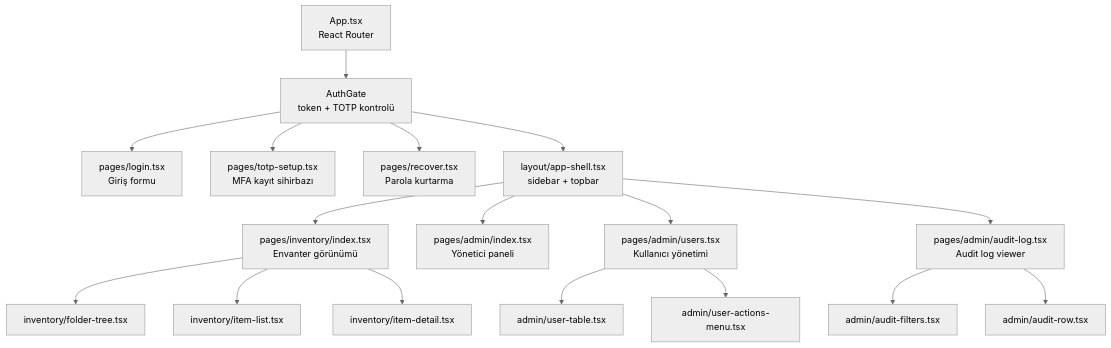
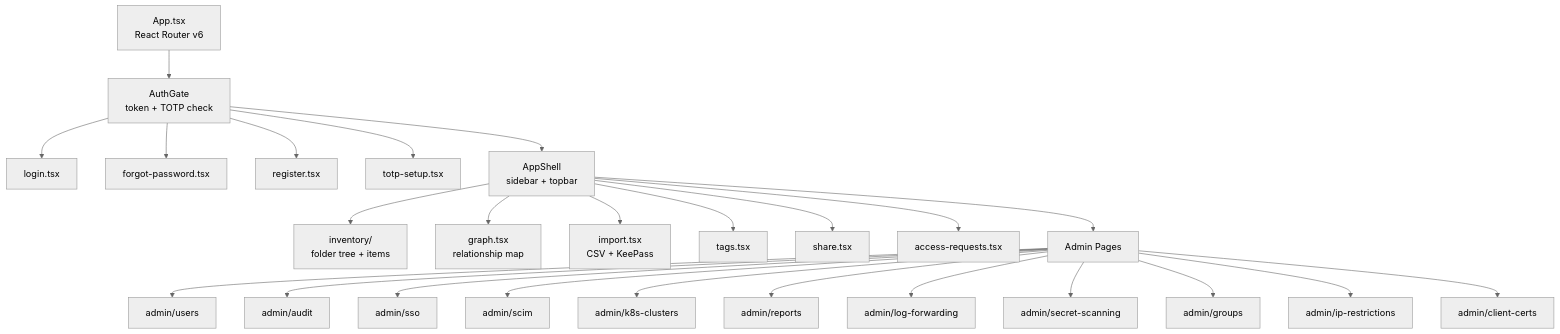
The first of 2 diagrams in web/README.md (GameOfAI/IronStock), drawn with Mermaid (neutral theme) before and after one commit. The commit also changed other lines of this file and 8 other files, not shown here.

````diff
--- a/web/README.md
+++ b/web/README.md
@@ -10,25 +31,32 @@
 ```mermaid
 graph TD
-    App["App.tsx\nReact Router"]
+    App["App.tsx\nReact Router v6"]
 
-    App --> AG["AuthGate\ntoken + TOTP kontrolü"]
-    AG --> Login["pages/login.tsx\nGiriş formu"]
-    AG --> TOTP["pages/totp-setup.tsx\nMFA kayıt sihirbazı"]
-    AG --> Recover["pages/recover.tsx\nParola kurtarma"]
+    App --> AuthGate["AuthGate\ntoken + TOTP check"]
+    AuthGate --> Login["login.tsx"]
+    AuthGate --> ForgotPW["forgot-password.tsx"]
+    AuthGate --> Register["register.tsx"]
+    AuthGate --> TOTPSetup["totp-setup.tsx"]
 
-    AG --> Shell["layout/app-shell.tsx\nsidebar + topbar"]
+    AuthGate --> Shell["AppShell\nsidebar + topbar"]
 
-    Shell --> Inv["pages/inventory/index.tsx\nEnvanter görünümü"]
-    Shell --> AdminIdx["pages/admin/index.tsx\nYönetici paneli"]
-    Shell --> Users["pages/admin/users.tsx\nKullanıcı yönetimi"]
-    Shell --> AuditLog["pages/admin/audit-log.tsx\nAudit log viewer"]
+    Shell --> Inventory["inventory/\nfolder tree + items"]
+    Shell --> Graph["graph.tsx\nrelationship map"]
+    Shell --> Import["import.tsx\nCSV + KeePass"]
+    Shell --> Tags["tags.tsx"]
+    Shell --> Share["share.tsx"]
+    Shell --> AccessReq["access-requests.tsx"]
 
-    Inv --> FolderTree["inventory/folder-tree.tsx"]
-    Inv --> ItemList["inventory/item-list.tsx"]
-    Inv --> ItemDetail["inventory/item-detail.tsx"]
-
-    Users --> UserTable["admin/user-table.tsx"]
-    Users --> UserActions["admin/user-actions-menu.tsx"]
-    AuditLog --> AuditFilters["admin/audit-filters.tsx"]
-    AuditLog --> AuditRow["admin/audit-row.tsx"]
+    Shell --> Admin["Admin Pages"]
+    Admin --> Users["admin/users"]
+    Admin --> Audit["admin/audit"]
+    Admin --> SSO["admin/sso"]
+    Admin --> SCIM["admin/scim"]
+    Admin --> K8s["admin/k8s-clusters"]
+    Admin --> Reports["admin/reports"]
+    Admin --> LogFwd["admin/log-forwarding"]
+    Admin --> SecScan["admin/secret-scanning"]
+    Admin --> Groups["admin/groups"]
+    Admin --> IPRestrict["admin/ip-restrictions"]
+    Admin --> ClientCerts["admin/client-certs"]
 ```
````
